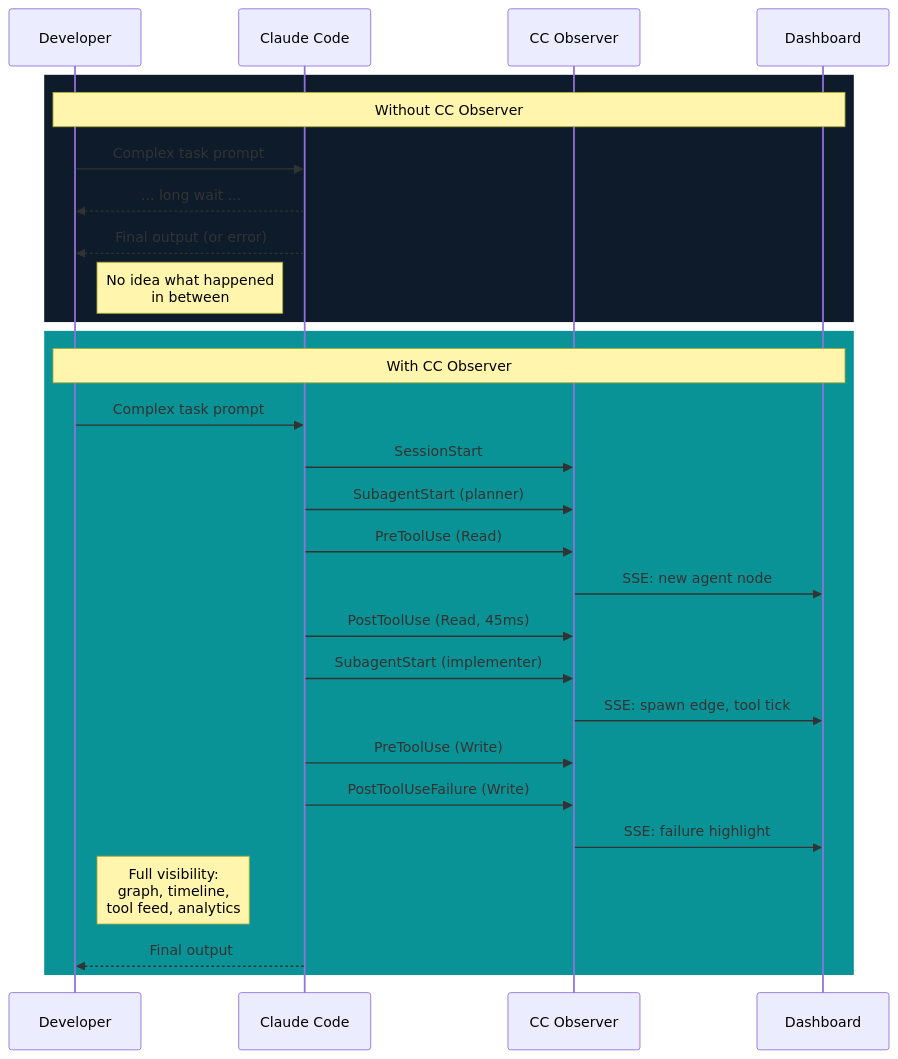
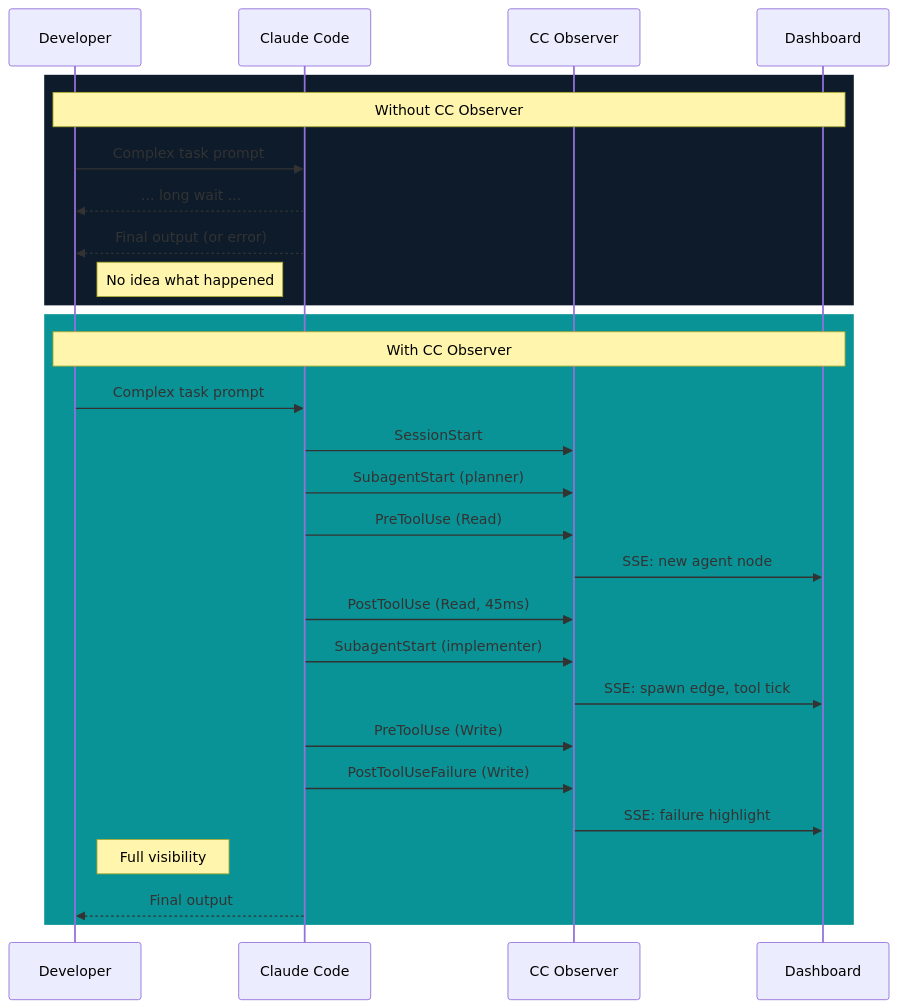
One commit to halcyondude/observable-claude changed the diagram in docs/vision.md. Above: the diagram before and after it, drawn with Mermaid. The commit also changed other lines of this file and 6 other files, not shown here.

First line of the commit message:
docs: rewrite with matt-voice, fix mermaid for github rendering

````diff
--- a/docs/vision.md
+++ b/docs/vision.md
@@ -23,32 +23,32 @@
 ```mermaid
 sequenceDiagram
     participant Dev as Developer
     participant CC as Claude Code
     participant Obs as CC Observer
     participant Dash as Dashboard
 
     rect rgb(13, 27, 42)
         Note over Dev,Dash: Without CC Observer
         Dev->>CC: Complex task prompt
         CC-->>Dev: ... long wait ...
         CC-->>Dev: Final output (or error)
-        Note right of Dev: No idea what happened<br/>in between
+        Note right of Dev: No idea what happened
     end
 
     rect rgb(10, 147, 150)
         Note over Dev,Dash: With CC Observer
         Dev->>CC: Complex task prompt
         CC->>Obs: SessionStart
         CC->>Obs: SubagentStart (planner)
         CC->>Obs: PreToolUse (Read)
         Obs->>Dash: SSE: new agent node
         CC->>Obs: PostToolUse (Read, 45ms)
         CC->>Obs: SubagentStart (implementer)
         Obs->>Dash: SSE: spawn edge, tool tick
         CC->>Obs: PreToolUse (Write)
         CC->>Obs: PostToolUseFailure (Write)
         Obs->>Dash: SSE: failure highlight
-        Note right of Dev: Full visibility:<br/>graph, timeline,<br/>tool feed, analytics
+        Note right of Dev: Full visibility
         CC-->>Dev: Final output
     end
 ```
````
